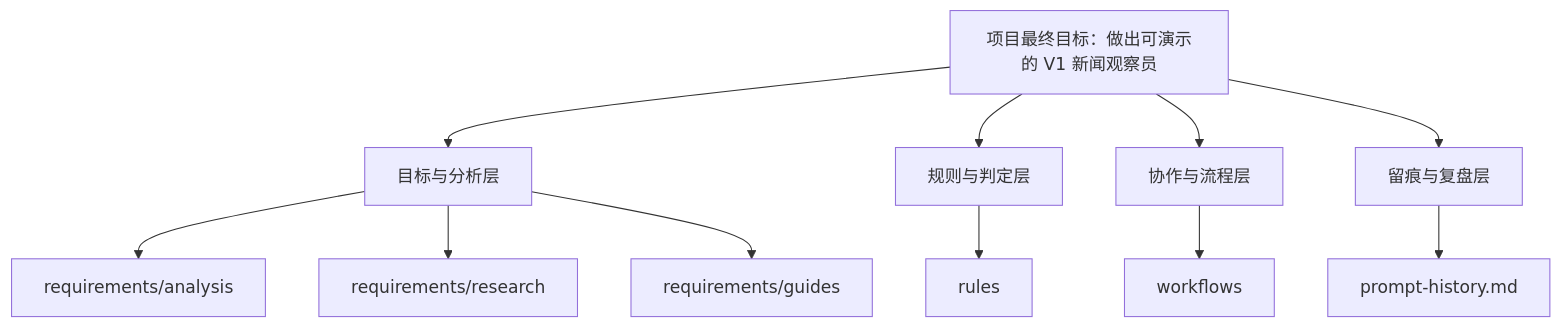
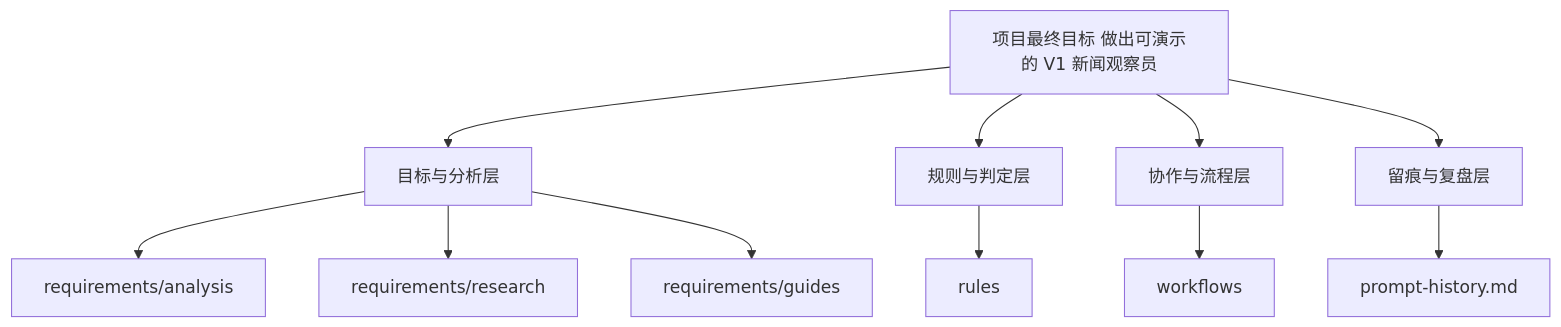
Before and after one commit to forwaryan/rumor-checking: the diagram in overview/01_current_goal_and_layers.md, drawn with Mermaid. The commit also changed other lines of this file and 12 other files, not shown here.

First line of the commit message:
docs(overview): 补充 V1 蓝图与最小评测资产

````diff
--- a/overview/01_current_goal_and_layers.md
+++ b/overview/01_current_goal_and_layers.md
@@ -61,15 +61,13 @@
 ```mermaid
-flowchart TD
-    A["项目最终目标：做出可演示的 V1 新闻观察员"] --> B["目标与分析层"]
-    A --> C["规则与判定层"]
-    A --> D["协作与流程层"]
-    A --> E["留痕与复盘层"]
-
-    B --> B1["requirements/analysis"]
-    B --> B2["requirements/research"]
-    B --> B3["requirements/guides"]
-
-    C --> C1["rules"]
-    D --> D1["workflows"]
-    E --> E1["prompt-history.md"]
+graph TD
+    A[项目最终目标 做出可演示的 V1 新闻观察员] --> B[目标与分析层]
+    A --> C[规则与判定层]
+    A --> D[协作与流程层]
+    A --> E[留痕与复盘层]
+    B --> B1[requirements/analysis]
+    B --> B2[requirements/research]
+    B --> B3[requirements/guides]
+    C --> C1[rules]
+    D --> D1[workflows]
+    E --> E1[prompt-history.md]
 ```
````
